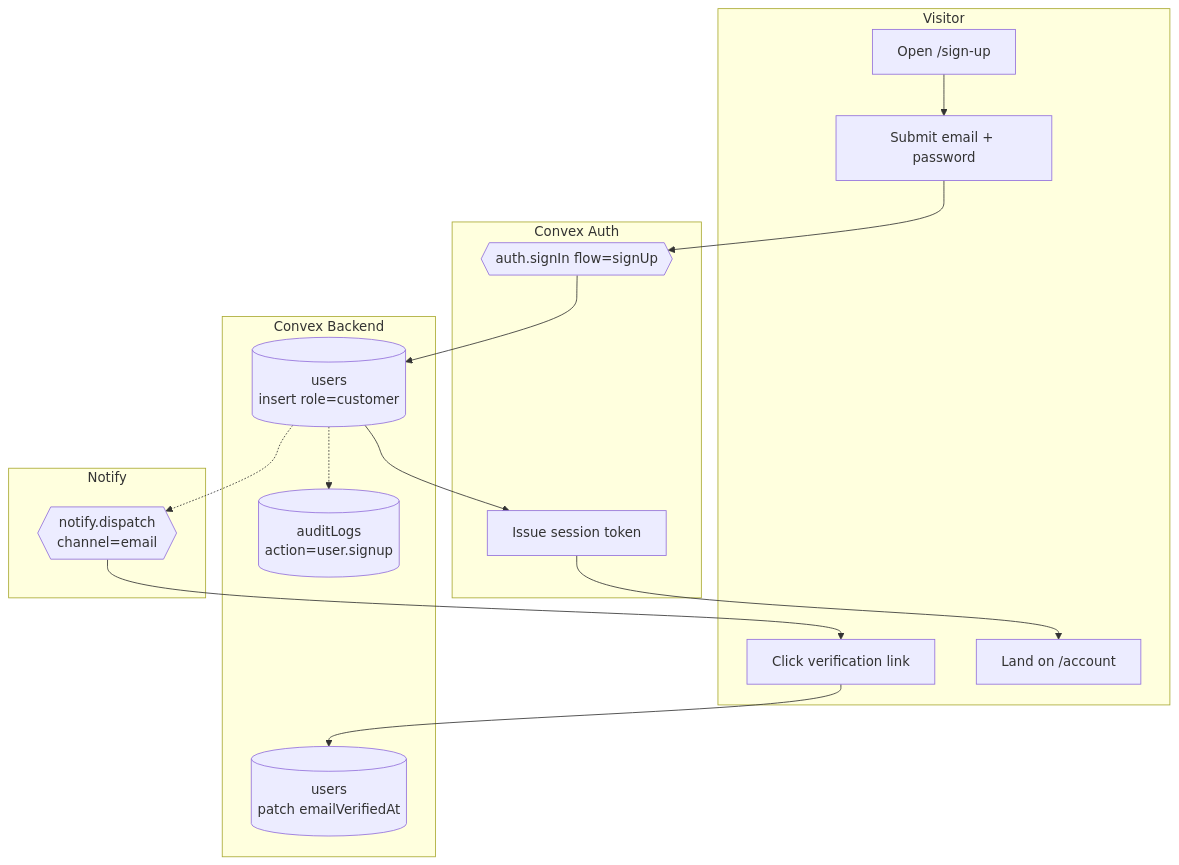
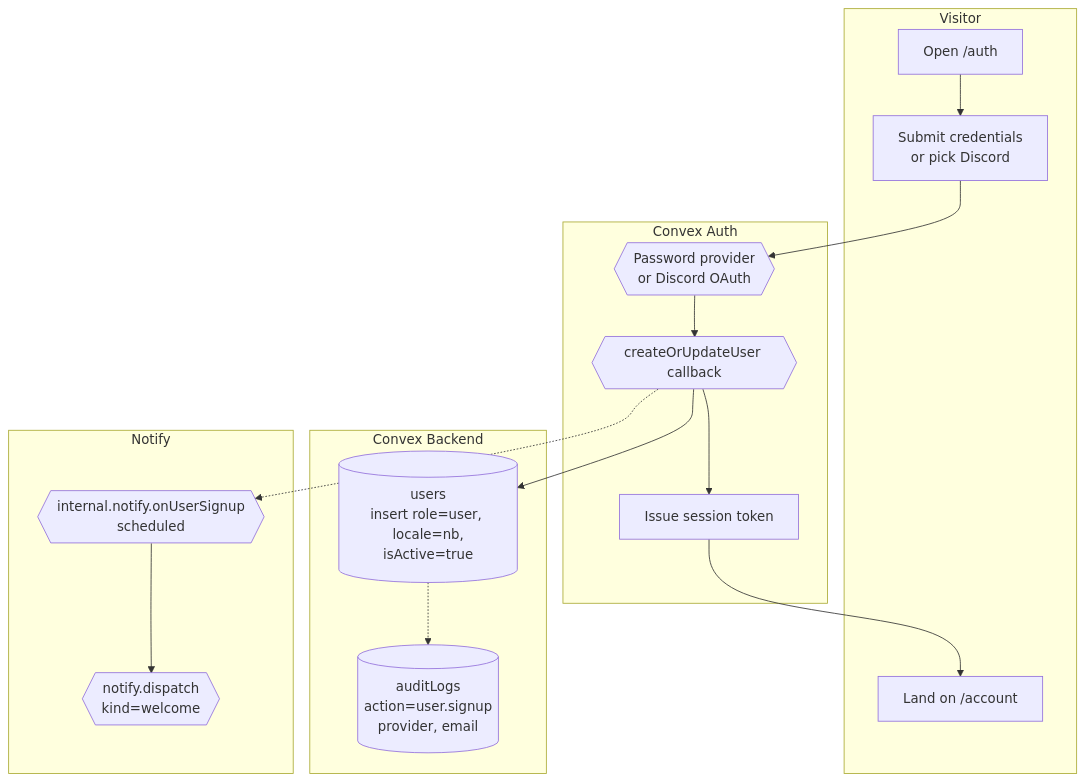
Before and after one commit to xalatechnologies/DigiPicks-v2: the diagram in docs/bpmn/BPMN-001-visitor-registration.md, drawn with Mermaid. The commit also changed other lines of this file and 33 other files, not shown here.

````diff
--- a/docs/bpmn/BPMN-001-visitor-registration.md
+++ b/docs/bpmn/BPMN-001-visitor-registration.md
@@ -26,25 +32,27 @@
 ```mermaid
 flowchart TD
   subgraph V[Visitor]
-    v1[Open /sign-up]
-    v2[Submit email + password]
-    v3[Click verification link]
-    v4[Land on /account]
+    v1[Open /auth]
+    v2[Submit credentials<br/>or pick Discord]
+    v3[Land on /account]
   end
   subgraph A[Convex Auth]
-    a1{{auth.signIn flow=signUp}}
-    a2[Issue session token]
+    a1{{Password provider<br/>or Discord OAuth}}
+    a2{{createOrUpdateUser callback}}
+    a3[Issue session token]
   end
   subgraph K[Convex Backend]
-    k1[(users<br/>insert role=customer)]
-    k2[(auditLogs<br/>action=user.signup)]
-    k3[(users<br/>patch emailVerifiedAt)]
+    k1[(users<br/>insert role=user, locale=nb,<br/>isActive=true)]
+    k2[(auditLogs<br/>action=user.signup<br/>provider, email)]
   end
   subgraph N[Notify]
-    n1{{notify.dispatch<br/>channel=email}}
+    n1{{internal.notify.onUserSignup<br/>scheduled}}
+    n2{{notify.dispatch<br/>kind=welcome}}
   end
 
-  v1 --> v2 --> a1 --> k1 --> a2 --> v4
+  v1 --> v2 --> a1 --> a2
+  a2 --> k1
   k1 -.-> k2
-  k1 -.-> n1 --> v3 --> k3
+  a2 -.-> n1 --> n2
+  a2 --> a3 --> v3
 ```
````
